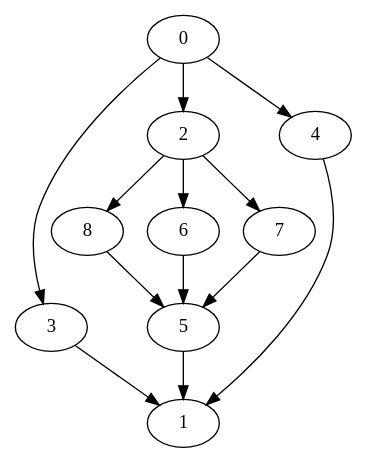
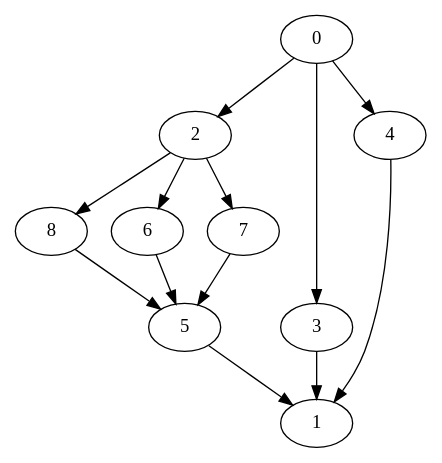
The diagram in dot/Nodes_9_SeriesParallel-output.dot (PJhaveri02/Task-Scheduler), drawn with Graphviz before and after one commit. The commit also changed 4 other files, not shown here.

```diff
--- a/dot/Nodes_9_SeriesParallel-output.dot
+++ b/dot/Nodes_9_SeriesParallel-output.dot
@@ -1,23 +1,23 @@
 digraph "outputGraph" {
-		3	[Weight=7, Start=32, Processor=3]
-		0 -> 3   [Weight = 22];
-		0	[Weight=10, Start=0, Processor=4]
-		2	[Weight=6, Start=10, Processor=4]
+		0	[Weight=10, Start=0, Processor=1]
+		2	[Weight=6, Start=10, Processor=1]
 		0 -> 2   [Weight = 51];
-		8	[Weight=7, Start=16, Processor=4]
+		8	[Weight=7, Start=16, Processor=1]
 		2 -> 8   [Weight = 59];
-		6	[Weight=2, Start=23, Processor=4]
+		6	[Weight=2, Start=23, Processor=1]
 		2 -> 6   [Weight = 59];
-		7	[Weight=2, Start=25, Processor=4]
+		7	[Weight=2, Start=25, Processor=1]
 		2 -> 7   [Weight = 15];
-		5	[Weight=9, Start=27, Processor=4]
+		5	[Weight=9, Start=27, Processor=1]
 		8 -> 5   [Weight = 59];
 		7 -> 5   [Weight = 59];
 		6 -> 5   [Weight = 22];
-		4	[Weight=5, Start=36, Processor=4]
+		3	[Weight=7, Start=36, Processor=1]
+		0 -> 3   [Weight = 22];
+		4	[Weight=5, Start=43, Processor=1]
 		0 -> 4   [Weight = 44];
-		1	[Weight=7, Start=98, Processor=4]
+		1	[Weight=7, Start=48, Processor=1]
 		4 -> 1   [Weight = 66];
 		5 -> 1   [Weight = 37];
 		3 -> 1   [Weight = 59];
 }
```
